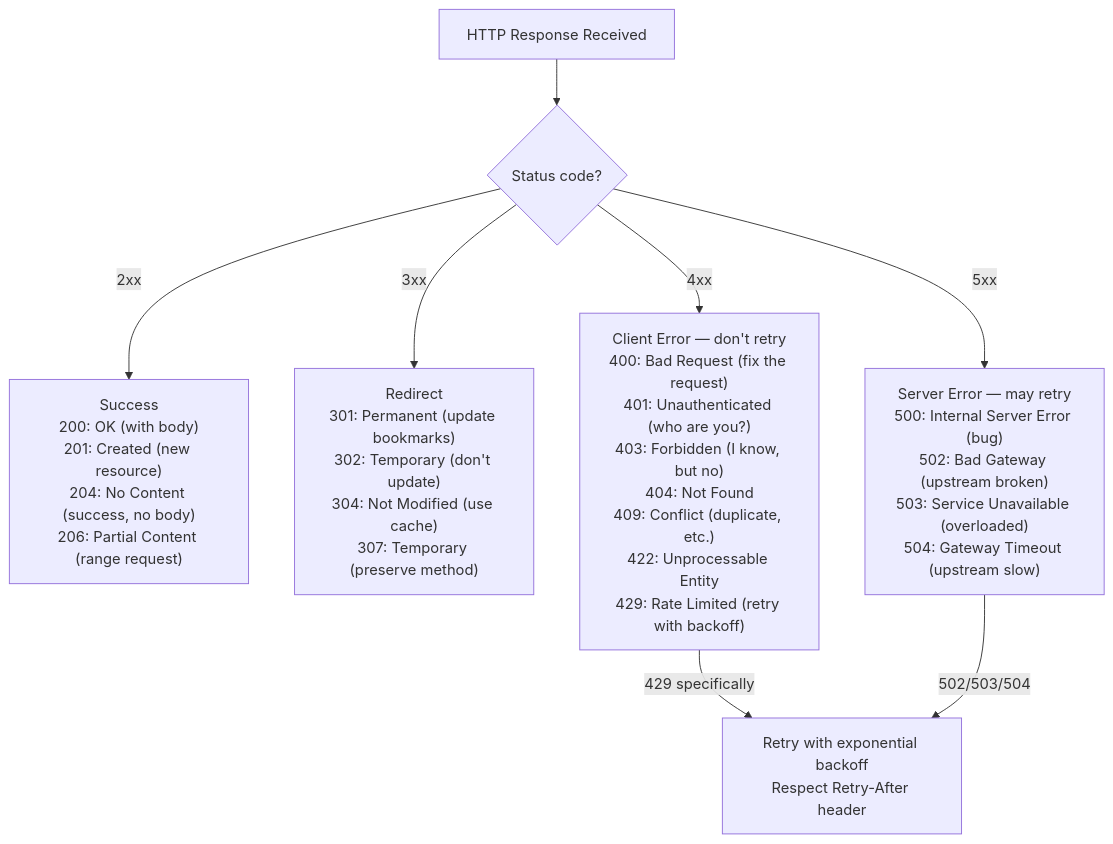
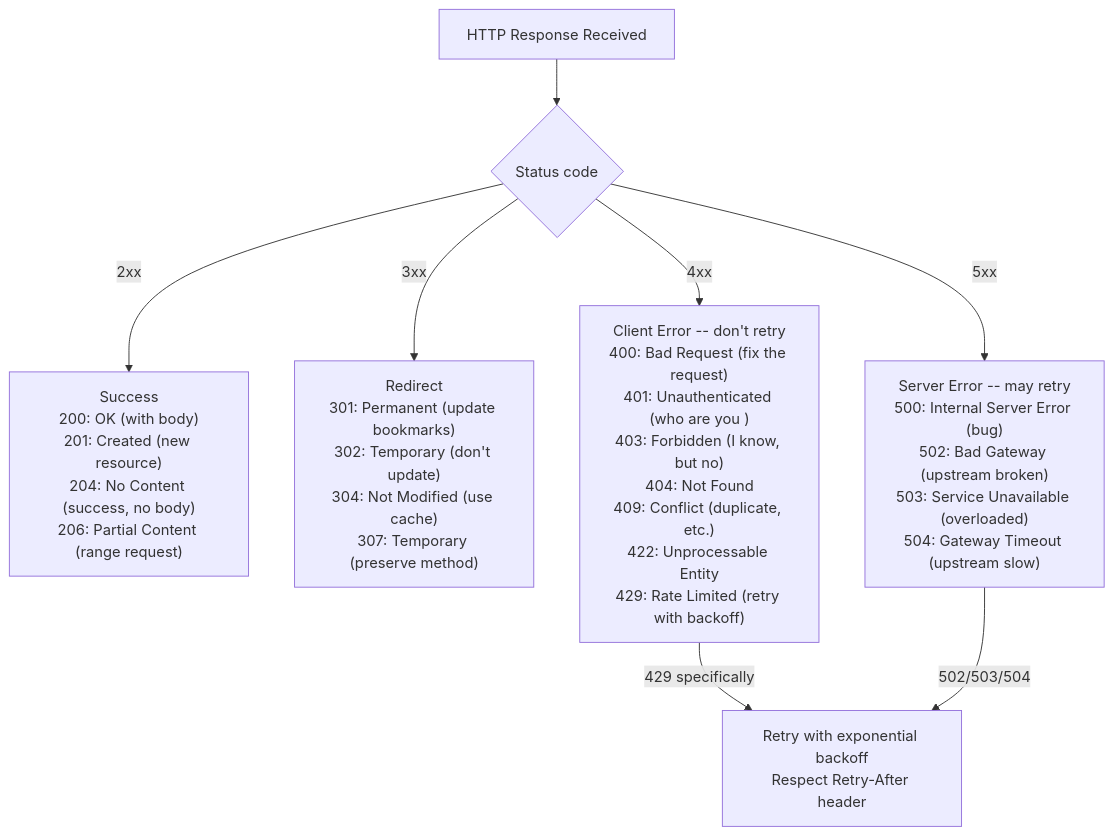
The eighth of 13 diagrams in Section0/Chapter_4_Networking_Foundations.md (ranjeetnegi/System-Design-for-Staff-SWE), drawn with Mermaid before and after one commit. The commit also changed other lines of this file and 11 other files, not shown here.

````diff
--- a/Section0/Chapter_4_Networking_Foundations.md
+++ b/Section0/Chapter_4_Networking_Foundations.md
@@ -682,15 +682,15 @@
 ```mermaid
 flowchart TD
-    REQ["HTTP Response Received"] --> Q1{"Status code?"}
+    REQ["HTTP Response Received"] --> Q1{"Status code "}
     
     Q1 -->|"2xx"| S2["Success<br/>200: OK (with body)<br/>201: Created (new resource)<br/>204: No Content (success, no body)<br/>206: Partial Content (range request)"]
     
     Q1 -->|"3xx"| S3["Redirect<br/>301: Permanent (update bookmarks)<br/>302: Temporary (don't update)<br/>304: Not Modified (use cache)<br/>307: Temporary (preserve method)"]
     
-    Q1 -->|"4xx"| S4["Client Error — don't retry<br/>400: Bad Request (fix the request)<br/>401: Unauthenticated (who are you?)<br/>403: Forbidden (I know, but no)<br/>404: Not Found<br/>409: Conflict (duplicate, etc.)<br/>422: Unprocessable Entity<br/>429: Rate Limited (retry with backoff)"]
+    Q1 -->|"4xx"| S4["Client Error -- don't retry<br/>400: Bad Request (fix the request)<br/>401: Unauthenticated (who are you )<br/>403: Forbidden (I know, but no)<br/>404: Not Found<br/>409: Conflict (duplicate, etc.)<br/>422: Unprocessable Entity<br/>429: Rate Limited (retry with backoff)"]
     
-    Q1 -->|"5xx"| S5["Server Error — may retry<br/>500: Internal Server Error (bug)<br/>502: Bad Gateway (upstream broken)<br/>503: Service Unavailable (overloaded)<br/>504: Gateway Timeout (upstream slow)"]
+    Q1 -->|"5xx"| S5["Server Error -- may retry<br/>500: Internal Server Error (bug)<br/>502: Bad Gateway (upstream broken)<br/>503: Service Unavailable (overloaded)<br/>504: Gateway Timeout (upstream slow)"]
     
     S4 -->|"429 specifically"| RETRY["Retry with exponential backoff<br/>Respect Retry-After header"]
     S5 -->|"502/503/504"| RETRY
 ```
````
